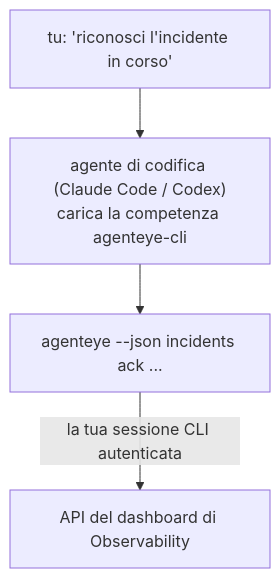
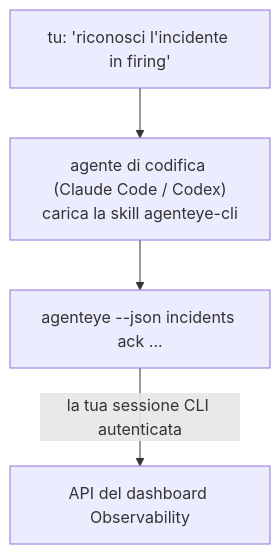
The diagram in docs/it/agenteye/cli-skill.mdx (FailproofAI/failproofai), drawn with Mermaid before and after one commit. The commit also changed other lines of this file and 650 other files, not shown here.

````diff
--- a/docs/it/agenteye/cli-skill.mdx
+++ b/docs/it/agenteye/cli-skill.mdx
@@ -29,6 +28,6 @@
 ```mermaid
 flowchart TD
-    YOU["tu: 'riconosci l'incidente in corso'"] --> AGENT["agente di codifica (Claude Code / Codex)<br/>carica la competenza agenteye-cli"]
+    YOU["tu: 'riconosci l'incidente in firing'"] --> AGENT["agente di codifica (Claude Code / Codex)<br/>carica la skill agenteye-cli"]
     AGENT --> CLI["agenteye --json incidents ack ..."]
-    CLI -->|la tua sessione CLI autenticata| API["API del dashboard di Observability"]
+    CLI -->|la tua sessione CLI autenticata| API["API del dashboard Observability"]
 ```
````
